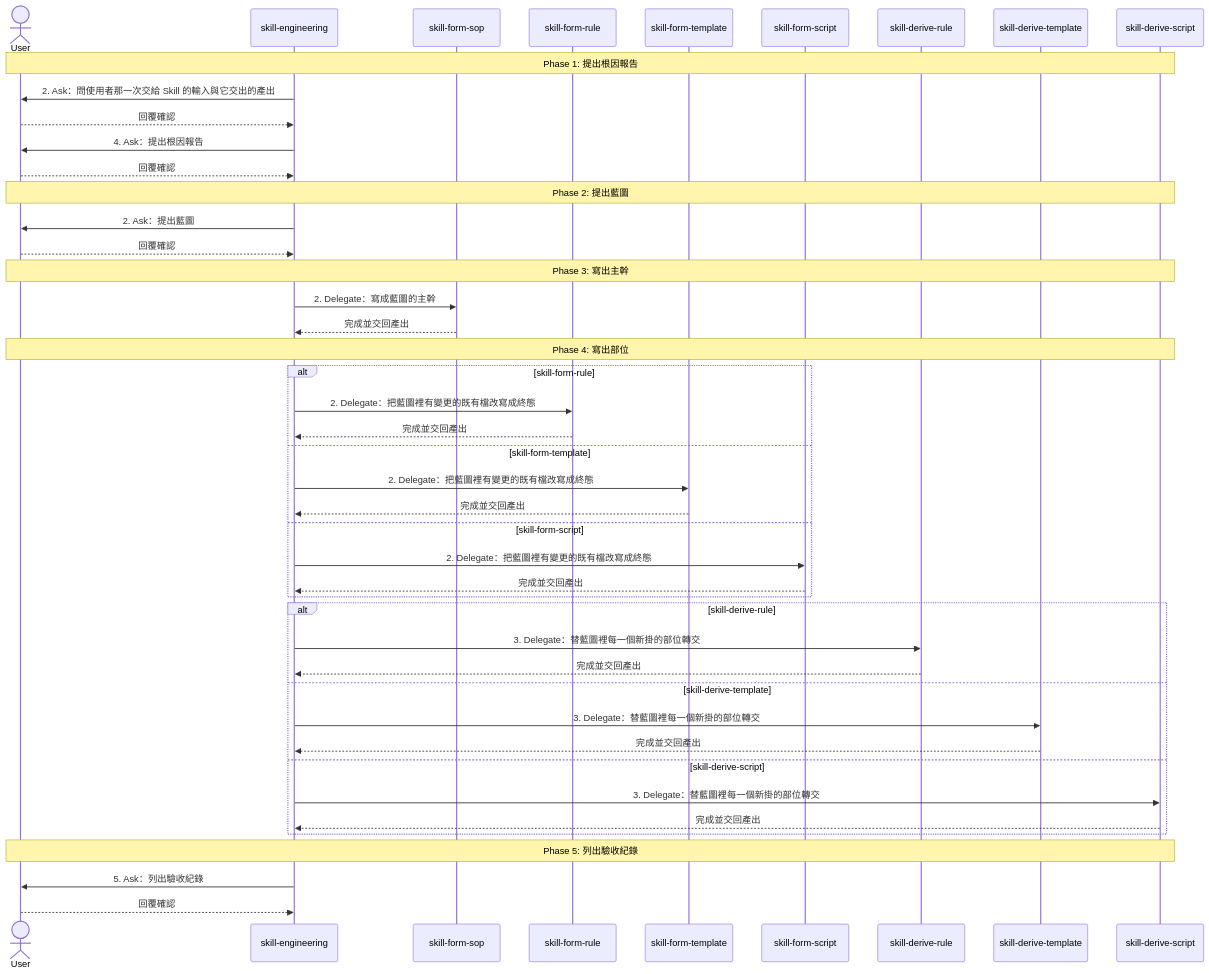
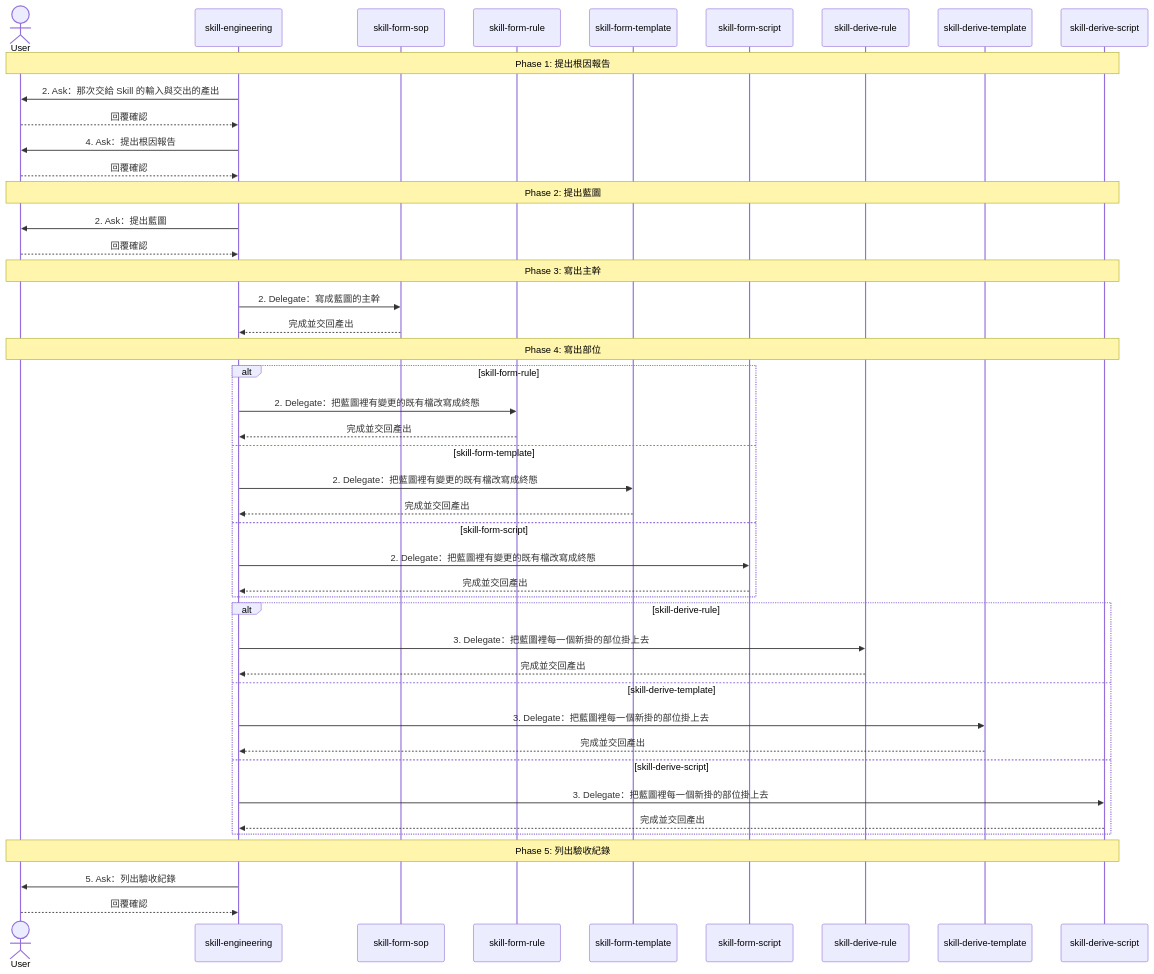
The second of 2 diagrams in .claude/skills/skill-engineering/SKILL.md (AI-x-BDD/BDGG-Dev-Skills), drawn with Mermaid before and after one commit. The commit also changed other lines of this file and 33 other files, not shown here.

````diff
--- a/.claude/skills/skill-engineering/SKILL.md
+++ b/.claude/skills/skill-engineering/SKILL.md
@@ -111,47 +111,47 @@
 ```mermaid
 sequenceDiagram
     actor User
     participant Main as skill-engineering
     participant Sub_1 as skill-form-sop
     participant Sub_2 as skill-form-rule
     participant Sub_3 as skill-form-template
     participant Sub_4 as skill-form-script
     participant Sub_5 as skill-derive-rule
     participant Sub_6 as skill-derive-template
     participant Sub_7 as skill-derive-script
     Note over User,Sub_7: Phase 1: 提出根因報告
-    Main->>User: 2. Ask：問使用者那一次交給 Skill 的輸入與它交出的產出
+    Main->>User: 2. Ask：那次交給 Skill 的輸入與交出的產出
     User-->>Main: 回覆確認
     Main->>User: 4. Ask：提出根因報告
     User-->>Main: 回覆確認
     Note over User,Sub_7: Phase 2: 提出藍圖
     Main->>User: 2. Ask：提出藍圖
     User-->>Main: 回覆確認
     Note over User,Sub_7: Phase 3: 寫出主幹
     Main->>Sub_1: 2. Delegate：寫成藍圖的主幹
     Sub_1-->>Main: 完成並交回產出
     Note over User,Sub_7: Phase 4: 寫出部位
     alt skill-form-rule
         Main->>Sub_2: 2. Delegate：把藍圖裡有變更的既有檔改寫成終態
         Sub_2-->>Main: 完成並交回產出
     else skill-form-template
         Main->>Sub_3: 2. Delegate：把藍圖裡有變更的既有檔改寫成終態
         Sub_3-->>Main: 完成並交回產出
     else skill-form-script
         Main->>Sub_4: 2. Delegate：把藍圖裡有變更的既有檔改寫成終態
         Sub_4-->>Main: 完成並交回產出
     end
     alt skill-derive-rule
-        Main->>Sub_5: 3. Delegate：替藍圖裡每一個新掛的部位轉交
+        Main->>Sub_5: 3. Delegate：把藍圖裡每一個新掛的部位掛上去
         Sub_5-->>Main: 完成並交回產出
     else skill-derive-template
-        Main->>Sub_6: 3. Delegate：替藍圖裡每一個新掛的部位轉交
+        Main->>Sub_6: 3. Delegate：把藍圖裡每一個新掛的部位掛上去
         Sub_6-->>Main: 完成並交回產出
     else skill-derive-script
-        Main->>Sub_7: 3. Delegate：替藍圖裡每一個新掛的部位轉交
+        Main->>Sub_7: 3. Delegate：把藍圖裡每一個新掛的部位掛上去
         Sub_7-->>Main: 完成並交回產出
     end
     Note over User,Sub_7: Phase 5: 列出驗收紀錄
     Main->>User: 5. Ask：列出驗收紀錄
     User-->>Main: 回覆確認
 ```
````
